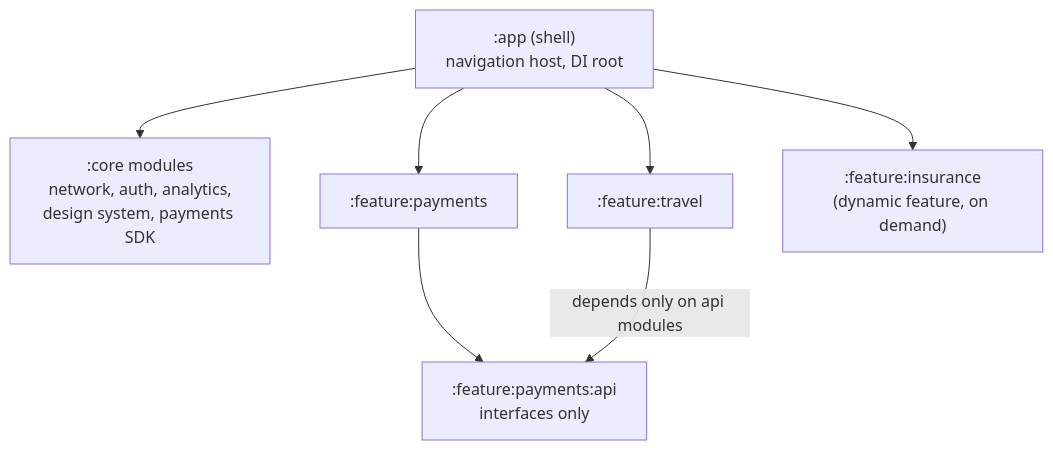
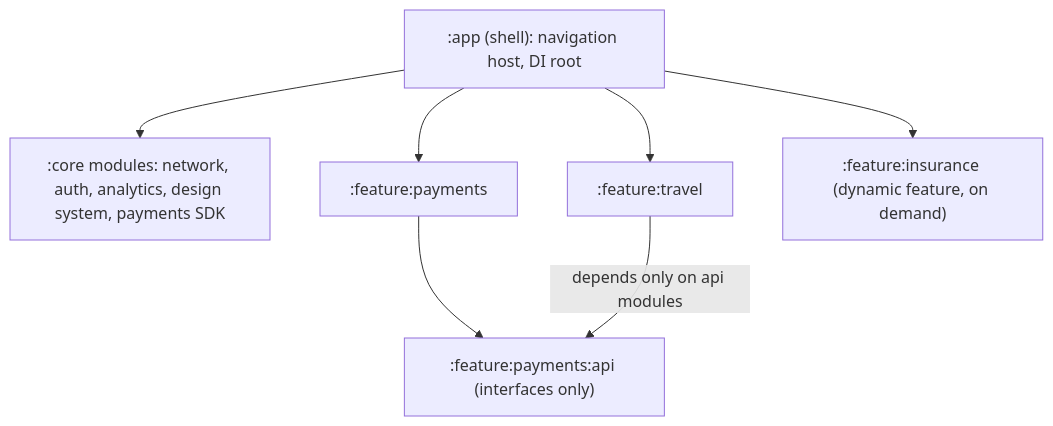
One commit to AkshayAshokCode/Android-Interview-Questions-cheat-sheet changed the ninth of 15 diagrams in topics/27-company-wise-questions.md. Above: the diagram before and after it, drawn with Mermaid. The commit also changed other lines of this file and 4 other files, not shown here.

````diff
--- a/topics/27-company-wise-questions.md
+++ b/topics/27-company-wise-questions.md
@@ -280,9 +753,9 @@
 ```mermaid
 flowchart TD
-    APP[":app (shell)<br/>navigation host, DI root"] --> CORE[":core modules<br/>network, auth, analytics,<br/>design system, payments SDK"]
+    APP[":app (shell): navigation host, DI root"] --> CORE[":core modules: network, auth, analytics, design system, payments SDK"]
     APP --> F1[":feature:payments"]
     APP --> F2[":feature:travel"]
-    APP --> F3[":feature:insurance<br/>(dynamic feature, on demand)"]
-    F1 --> API1[":feature:payments:api<br/>interfaces only"]
+    APP --> F3[":feature:insurance (dynamic feature, on demand)"]
+    F1 --> API1[":feature:payments:api (interfaces only)"]
     F2 -->|"depends only on api modules"| API1
 ```
````
